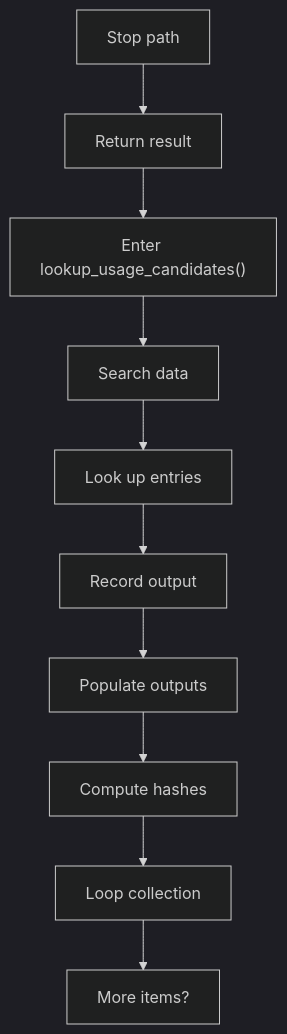
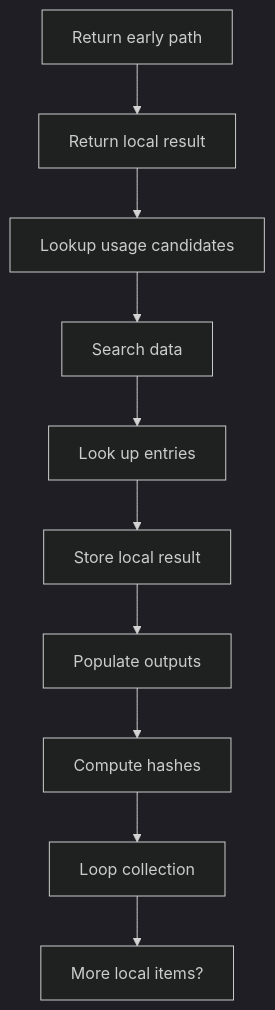
The fourth of 5 diagrams in docs/Codebase/Microservice/Modules/Source/HashingMechanism/HashLinks/Collect/Flow/hash_links_collect_program_flow.cpp.md (JohnAndrewBalbarosa/NeoTerritory), drawn with Mermaid (dark theme) before and after one commit. The commit also changed other lines of this file and 925 other files, not shown here.

````diff
--- a/docs/Codebase/Microservice/Modules/Source/HashingMechanism/HashLinks/Collect/Flow/hash_links_collect_program_flow.cpp.md
+++ b/docs/Codebase/Microservice/Modules/Source/HashingMechanism/HashLinks/Collect/Flow/hash_links_collect_program_flow.cpp.md
@@ -93,22 +93,22 @@
 ```mermaid
 flowchart TD
-    N0["Stop path"]
-    N1["Return result"]
-    N2["Enter lookup_usage_candidates()"]
+    N0["Return early path"]
+    N1["Return local result"]
+    N2["Lookup usage candidates"]
     N3["Search data"]
     N4["Look up entries"]
-    N5["Record output"]
+    N5["Store local result"]
     N6["Populate outputs"]
     N7["Compute hashes"]
     N8["Loop collection"]
-    N9["More items?"]
+    N9["More local items?"]
     N0 --> N1
     N1 --> N2
     N2 --> N3
     N3 --> N4
     N4 --> N5
     N5 --> N6
     N6 --> N7
     N7 --> N8
     N8 --> N9
 ```
````
